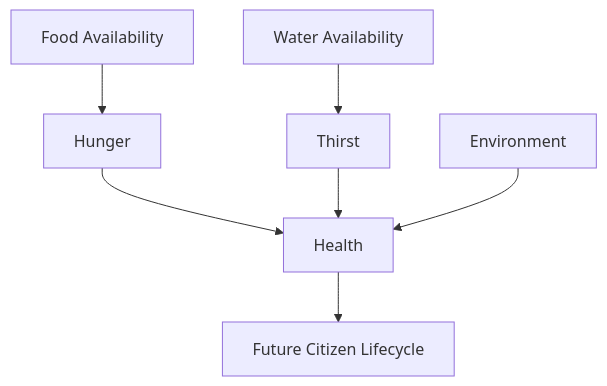
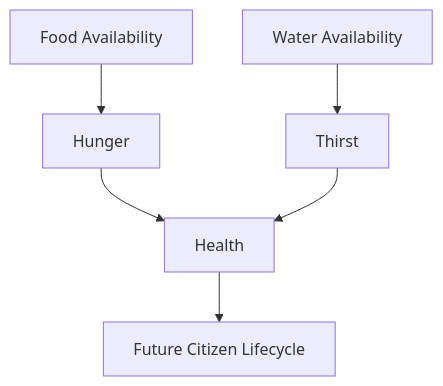
Before and after one commit to aayush-mistry/Genesis-: diagram 17 of 18 in README.md, drawn with Mermaid. The commit also changed other lines of this file and 15 other files, not shown here.

````diff
--- a/README.md
+++ b/README.md
@@ -472,21 +472,18 @@
 ```mermaid
 flowchart TD
 
     Food[Food Availability]
         --> Hunger[Hunger]
 
     Water[Water Availability]
         --> Thirst[Thirst]
 
     Hunger
         --> Health[Health]
 
     Thirst
         --> Health
 
-    Environment[Environment]
-        --> Health
-
     Health
         --> Lifecycle[Future Citizen Lifecycle]
 ```
````
